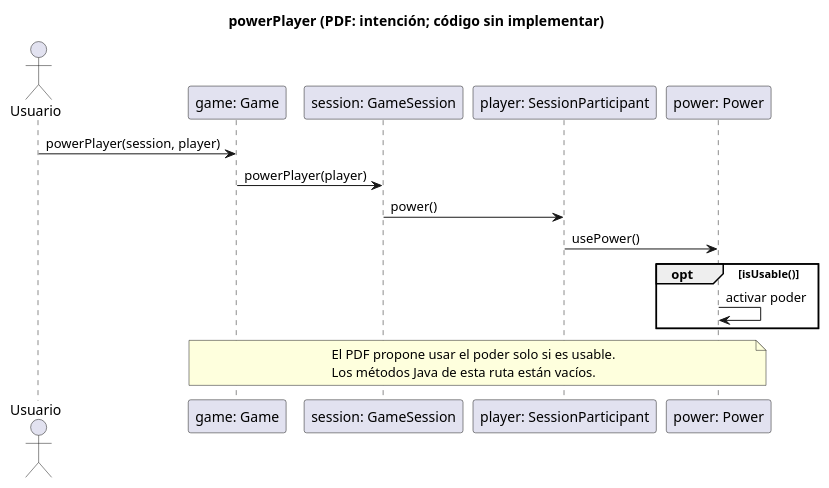
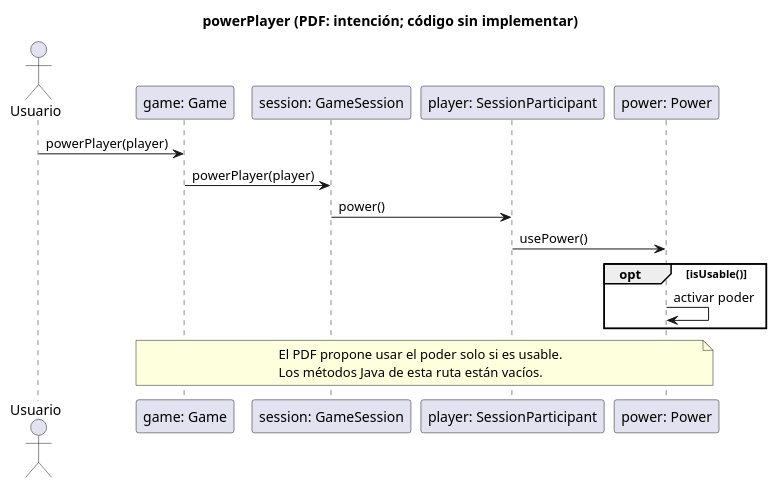
Before and after one commit to PaglkG/ProyectoFinal-Dopo: the fifth of 9 diagrams in docs/uml/domain-sequences.puml, drawn with PlantUML. The commit also changed other lines of this file and 19 other files, not shown here.

```diff
--- a/docs/uml/domain-sequences.puml
+++ b/docs/uml/domain-sequences.puml
@@ -85,19 +84,19 @@
 @startuml
 title powerPlayer (PDF: intención; código sin implementar)
 actor Usuario
 participant "game: Game" as G
 participant "session: GameSession" as S
 participant "player: SessionParticipant" as P
 participant "power: Power" as W
-Usuario -> G: powerPlayer(session, player)
+Usuario -> G: powerPlayer(player)
 G -> S: powerPlayer(player)
 S -> P: power()
 P -> W: usePower()
 opt isUsable()
   W -> W: activar poder
 end
 note over G,W
   El PDF propone usar el poder solo si es usable.
   Los métodos Java de esta ruta están vacíos.
 end note
 @enduml
```
